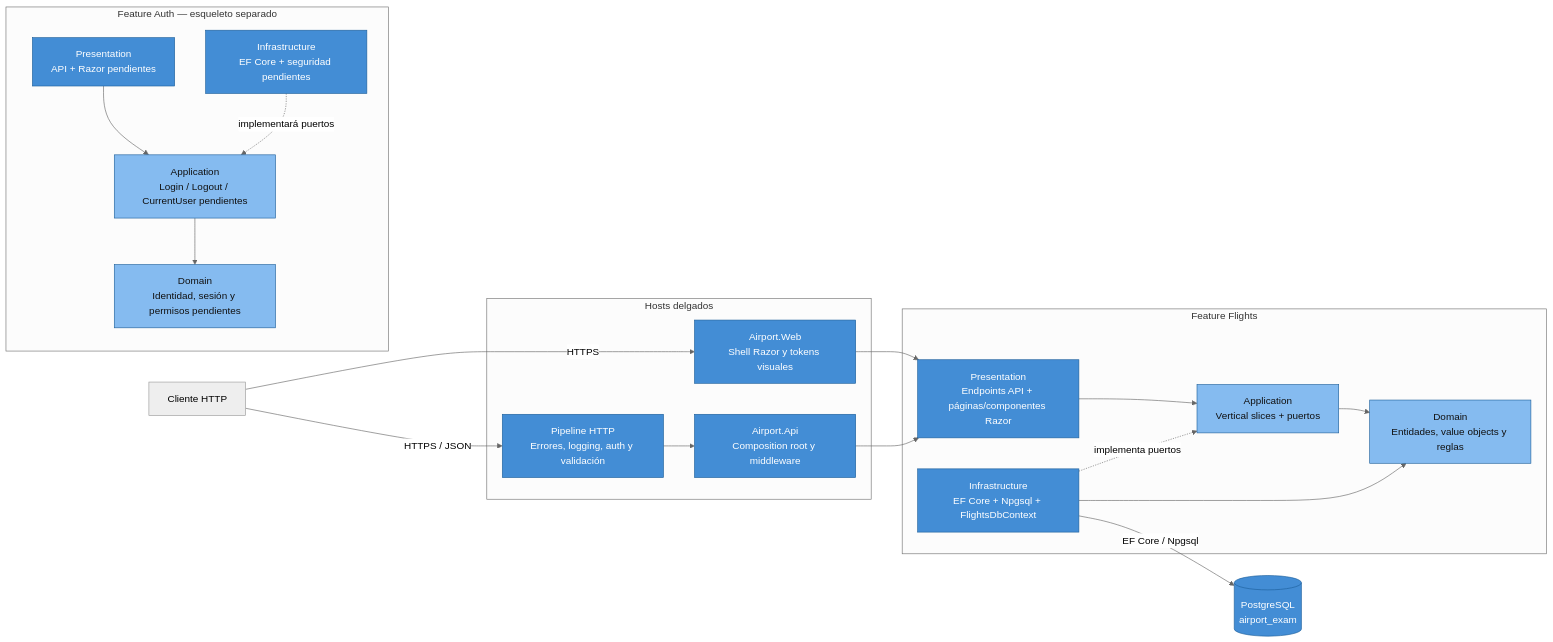
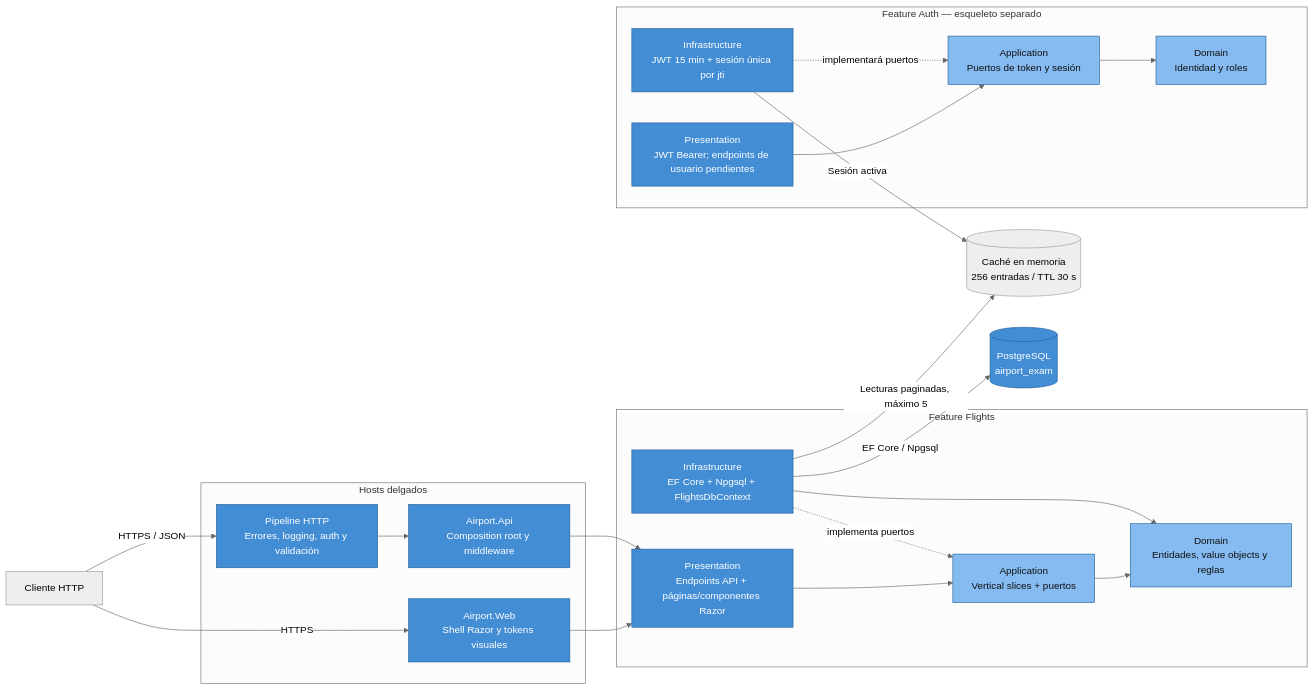
The third of 5 diagrams in DIAGRAMAS.md (jeffersonmejia/airport-app), drawn with Mermaid (neutral theme) before and after one commit. The commit also changed 46 other files, not shown here.

First line of the commit message:
feat: aplicar paginación cache y seguridad jwt

````diff
--- a/DIAGRAMAS.md
+++ b/DIAGRAMAS.md
@@ -64,47 +64,51 @@
 ```mermaid
 flowchart LR
     client["Cliente HTTP"]
 
     subgraph api["Hosts delgados"]
         web["Airport.Web<br/>Shell Razor y tokens visuales"]
         middleware["Pipeline HTTP<br/>Errores, logging, auth y validación"]
         di["Airport.Api<br/>Composition root y middleware"]
     end
 
     subgraph feature["Feature Flights"]
         presentation["Presentation<br/>Endpoints API + páginas/componentes Razor"]
         application["Application<br/>Vertical slices + puertos"]
         domain["Domain<br/>Entidades, value objects y reglas"]
         infrastructure["Infrastructure<br/>EF Core + Npgsql + FlightsDbContext"]
     end
 
     subgraph auth["Feature Auth — esqueleto separado"]
-        authPresentation["Presentation<br/>API + Razor pendientes"]
-        authApplication["Application<br/>Login / Logout / CurrentUser pendientes"]
-        authDomain["Domain<br/>Identidad, sesión y permisos pendientes"]
-        authInfrastructure["Infrastructure<br/>EF Core + seguridad pendientes"]
+        authPresentation["Presentation<br/>JWT Bearer; endpoints de usuario pendientes"]
+        authApplication["Application<br/>Puertos de token y sesión"]
+        authDomain["Domain<br/>Identidad y roles"]
+        authInfrastructure["Infrastructure<br/>JWT 15 min + sesión única por jti"]
     end
+
+    cache[("Caché en memoria<br/>256 entradas / TTL 30 s")]
 
     db[("PostgreSQL<br/>airport_exam")]
 
     client -->|HTTPS| web
     web --> presentation
     client -->|HTTPS / JSON| middleware
     middleware --> di
     di --> presentation
     presentation --> application
     application --> domain
     infrastructure -. implementa puertos .-> application
     infrastructure --> domain
     infrastructure -->|EF Core / Npgsql| db
+    infrastructure -->|Lecturas paginadas, máximo 5| cache
     authPresentation --> authApplication
     authApplication --> authDomain
     authInfrastructure -. implementará puertos .-> authApplication
+    authInfrastructure -->|Sesión activa| cache
 
     classDef adapter fill:#438dd5,color:#fff,stroke:#1d5f9a
     classDef core fill:#85bbf0,color:#111,stroke:#1d5f9a
     classDef db fill:#438dd5,color:#fff,stroke:#1d5f9a
     class web,middleware,di,presentation,infrastructure,authPresentation,authInfrastructure adapter
     class application,domain,authApplication,authDomain core
     class db db
 ```
````
